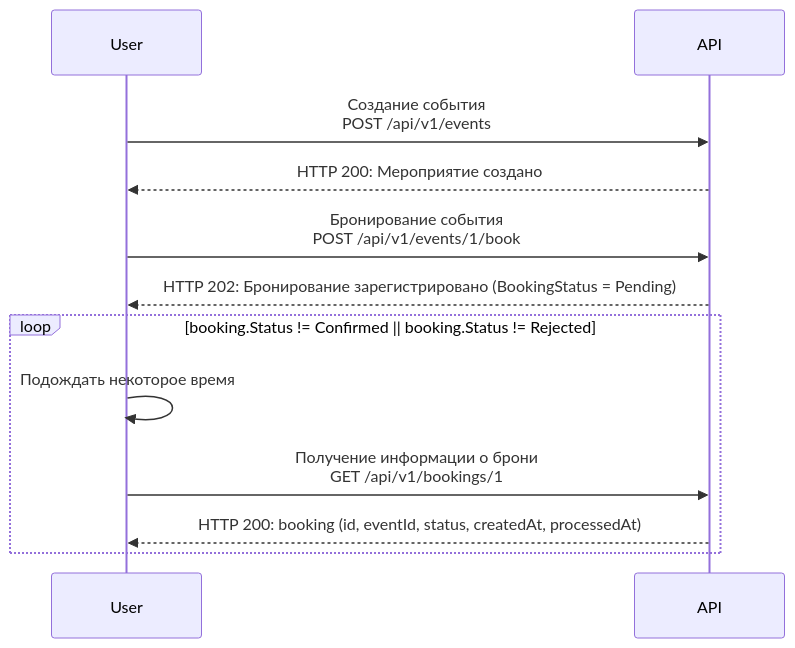
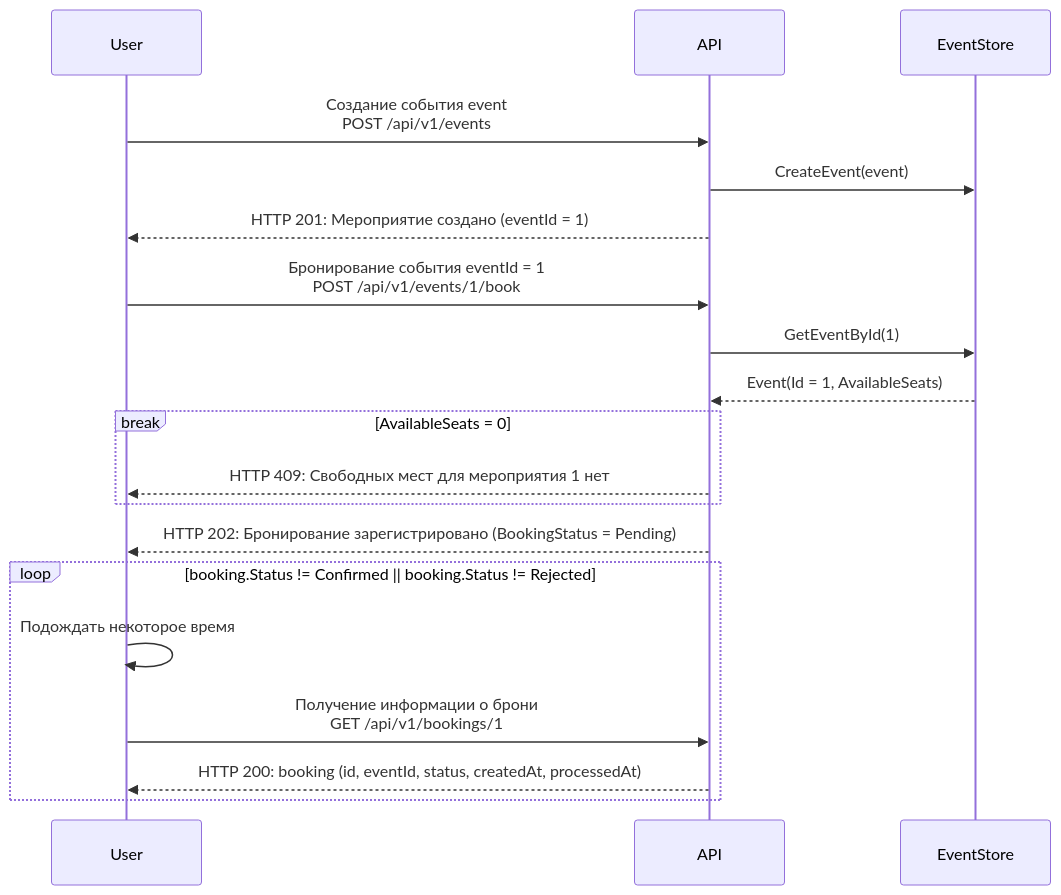
The diagram in README.md (rovany706/events-api), drawn with Mermaid before and after one commit. The commit also changed other lines of this file, not shown here.

````diff
--- a/README.md
+++ b/README.md
@@ -286,14 +312,23 @@
 ```mermaid
 sequenceDiagram
     participant User
     participant API
-    User->>API: Создание события<br/>POST /api/v1/events
-    API-->>User: HTTP 200: Мероприятие создано
-    User->>API: Бронирование события<br/>POST /api/v1/events/1/book
+    participant EventStore
+
+    User->>API: Создание события event<br/>POST /api/v1/events
+    API ->> EventStore: CreateEvent(event)
+    API-->>User: HTTP 201: Мероприятие создано (eventId = 1)
+    User->>API: Бронирование события eventId = 1<br/>POST /api/v1/events/1/book
+    API ->> EventStore: GetEventById(1)
+    EventStore -->> API: Event(Id = 1, AvailableSeats)
+    break AvailableSeats = 0
+      API -->> User: HTTP 409: Свободных мест для мероприятия 1 нет
+    end
+
     API-->>User: HTTP 202: Бронирование зарегистрировано (BookingStatus = Pending)
     loop booking.Status != Confirmed || booking.Status != Rejected
         User ->> User: Подождать некоторое время
         User->>API: Получение информации о брони<br/>GET /api/v1/bookings/1
         API-->>User: HTTP 200: booking (id, eventId, status, createdAt, processedAt)
     end
 ```
````
